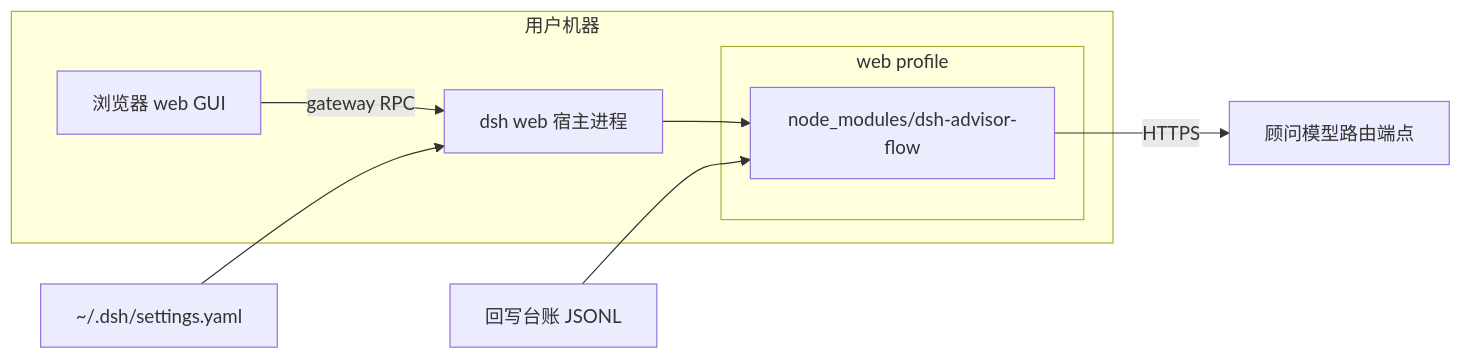
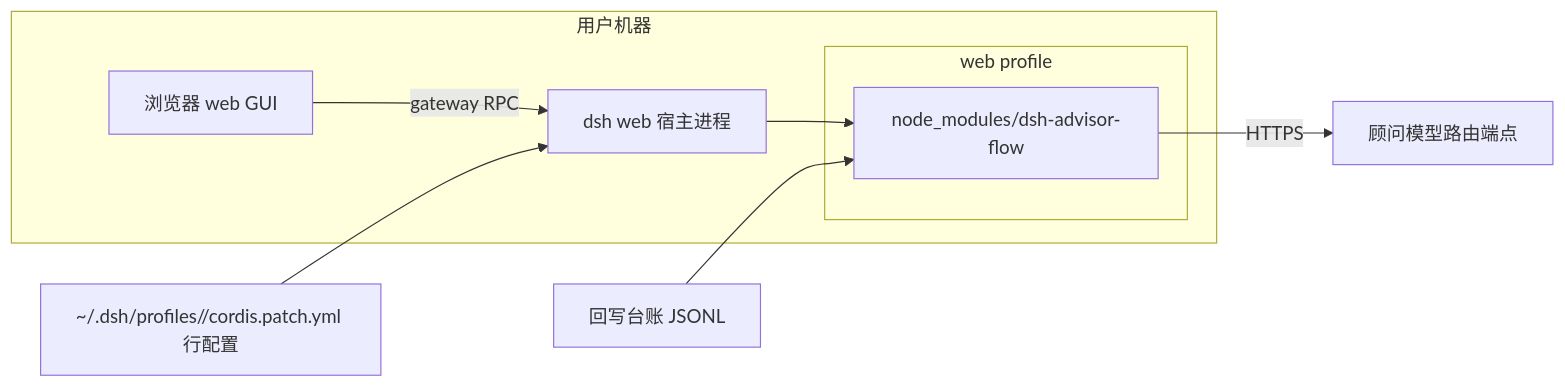
One commit to ccll/dsh-advisor-flow changed the eighth of 10 diagrams in SOLUTION.md. Above: the diagram before and after it, drawn with Mermaid. The commit also changed other lines of this file and 12 other files, not shown here.

First line of the commit message:
⭐ 功能(advisor-flow): 设置卡适配 dsh 0.2.0 SettingsForms——Config 导出与 plugins.row.config 挂点（T-028）

````diff
--- a/SOLUTION.md
+++ b/SOLUTION.md
@@ -279,14 +279,14 @@
 ```mermaid
 flowchart LR
     subgraph user[用户机器]
         proc[dsh web 宿主进程]
         subgraph profile[web profile]
             nm[node_modules/dsh-advisor-flow]
         end
         proc --> nm
         browser[浏览器 web GUI] -->|gateway RPC| proc
     end
     nm -->|HTTPS| api[顾问模型路由端点]
-    settings[~/.dsh/settings.yaml] --> proc
+    settings[~/.dsh/profiles/<profile>/cordis.patch.yml 行配置] --> proc
     jsonl[回写台账 JSONL] --> nm
 ```
````
